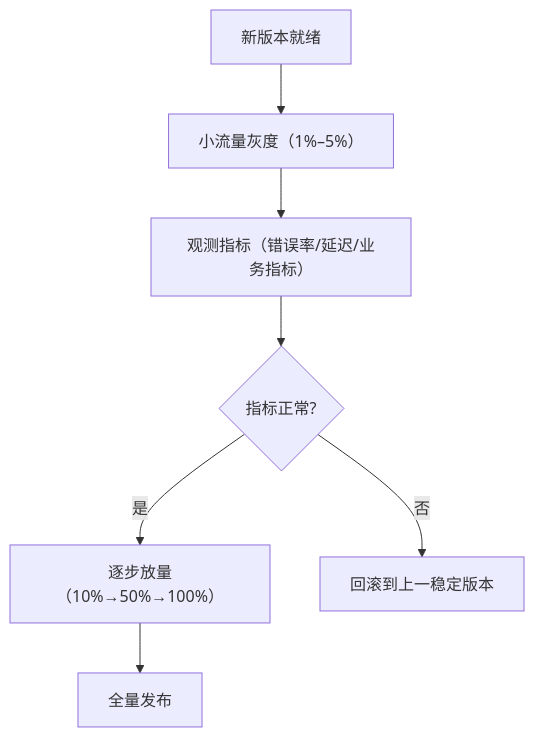
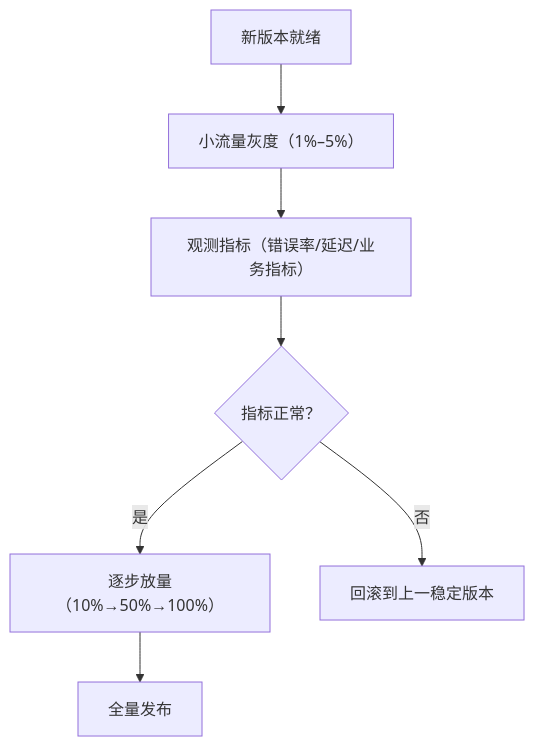
The third of 3 diagrams in docs/tech/dev-flow.md (AI-PM-Wiki/AIPM), drawn with Mermaid before and after one commit. The commit also changed other lines of this file, not shown here.

Commit message:
docs(tech): 修 dev-flow 元标签、半角问号与术语统一

````diff
--- a/docs/tech/dev-flow.md
+++ b/docs/tech/dev-flow.md
@@ -70,9 +70,9 @@
 ```mermaid
 flowchart TD
     a[新版本就绪] --> b[小流量灰度（1%–5%）]
     b --> c[观测指标（错误率/延迟/业务指标）]
-    c --> d{指标正常?}
+    c --> d{指标正常？}
     d -->|是| e[逐步放量（10%→50%→100%）]
     e --> f[全量发布]
     d -->|否| g[回滚到上一稳定版本]
 ```
````
